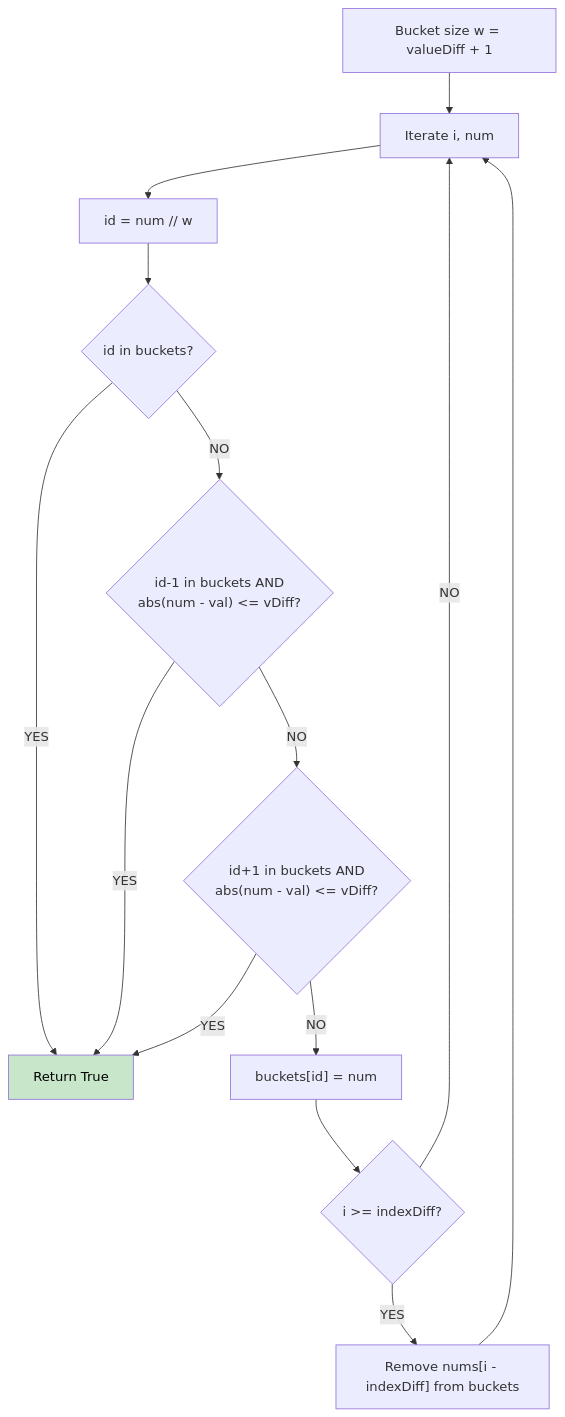
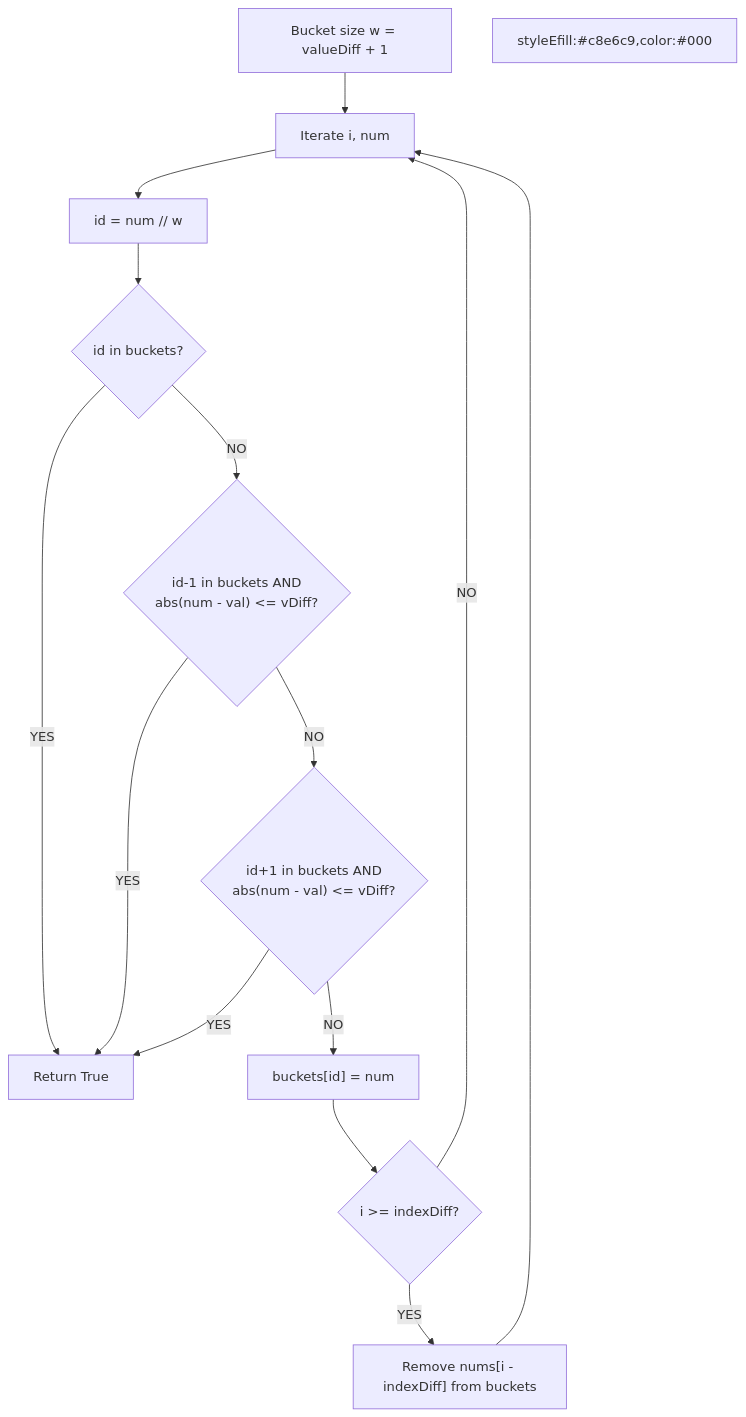
The diagram in 35 - Linear Sorting Algorithm/problem_07_contains_duplicate_iii_walkthrough.md (vadde/DSA), drawn with Mermaid before and after one commit. The commit also changed 245 other files, not shown here.

First line of the commit message:
fix: Forensic fix of all Mermaid rendering issues across entire DSA repo + add pre-commit validation infrastructure

````diff
--- a/35 - Linear Sorting Algorithm/problem_07_contains_duplicate_iii_walkthrough.md
+++ b/35 - Linear Sorting Algorithm/problem_07_contains_duplicate_iii_walkthrough.md
@@ -37,22 +37,22 @@
 ```mermaid
 flowchart TD
     A["Bucket size w = valueDiff + 1"] --> B["Iterate i, num"]
     B --> C["id = num // w"]
     
     C --> D{"id in buckets?"}
     D -->|YES| E["Return True"]
     
     D -->|NO| F{"id-1 in buckets AND\nabs(num - val) <= vDiff?"}
     F -->|YES| E
     
     F -->|NO| G{"id+1 in buckets AND\nabs(num - val) <= vDiff?"}
     G -->|YES| E
     
     G -->|NO| H["buckets[id] = num"]
     H --> I{"i >= indexDiff?"}
     I -->|YES| J["Remove nums[i - indexDiff] from buckets"]
     I -->|NO| B
     J --> B
-    
-    style E fill:#c8e6c9,color:#000
+
+styleEfill:#c8e6c9,color:#000
 ```
````
